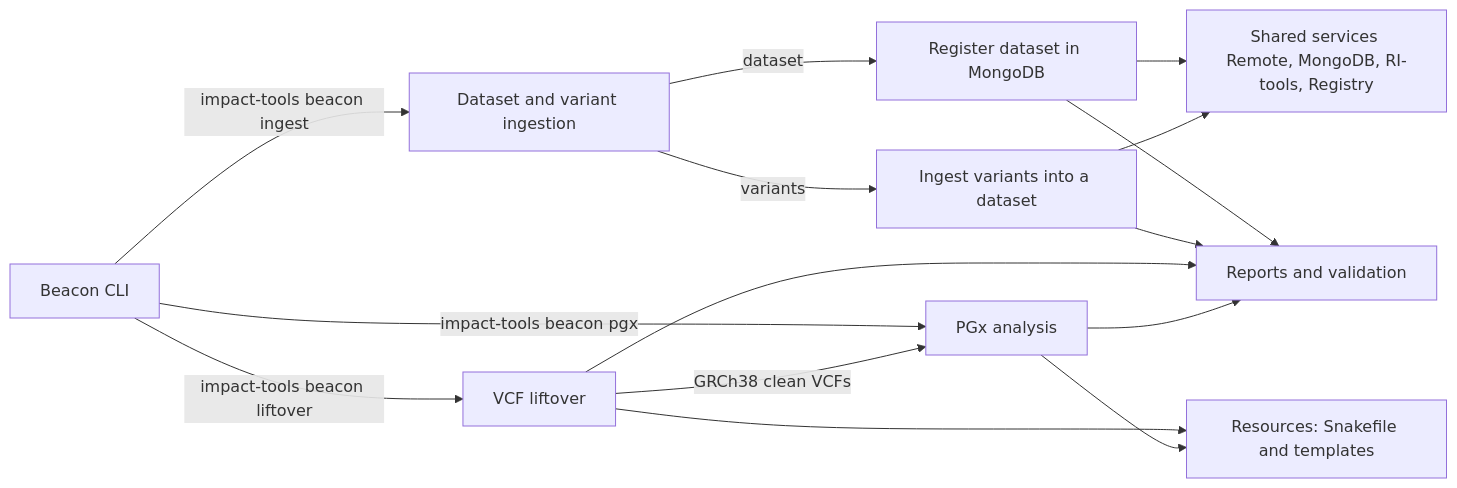
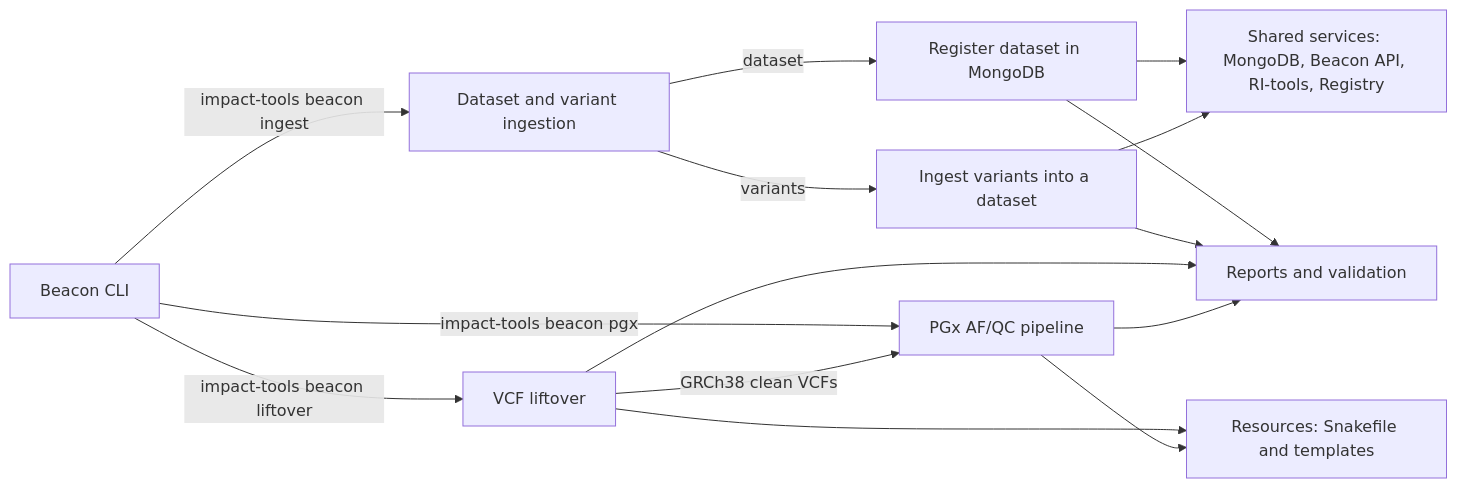
The first of 2 diagrams in docs/beacon/README.md (Aberdur/impact-tools), drawn with Mermaid before and after one commit. The commit also changed other lines of this file and 1 other file, not shown here.

Commit message:
Update README.md and docs/beacon/README.md

````diff
--- a/docs/beacon/README.md
+++ b/docs/beacon/README.md
@@ -8,35 +8,35 @@
 ```mermaid
 flowchart LR
 
 CLI["Beacon CLI"]
 
 INGEST["Dataset and variant ingestion"]
 DATASET["Register dataset in MongoDB"]
 VARIANTS["Ingest variants into a dataset"]
 LIFTOVER["VCF liftover"]
-PGX["PGx analysis"]
+PGX["PGx AF/QC pipeline"]
 
-SERVICES["Shared services Remote, MongoDB, RI-tools, Registry"]
+SERVICES["Shared services: MongoDB, Beacon API, RI-tools, Registry"]
 RESOURCES["Resources: Snakefile and templates"]
 REPORTS["Reports and validation"]
 
 CLI --> |"impact-tools beacon ingest"| INGEST
 CLI --> |"impact-tools beacon liftover"| LIFTOVER
 CLI --> |"impact-tools beacon pgx"| PGX
 
 INGEST --> |"dataset"| DATASET
 INGEST --> |"variants"| VARIANTS
 
 DATASET --> SERVICES
 VARIANTS --> SERVICES
 
 LIFTOVER --> RESOURCES
 PGX --> RESOURCES
 
 LIFTOVER --> |"GRCh38 clean VCFs"| PGX
 
 DATASET --> REPORTS
 VARIANTS --> REPORTS
 LIFTOVER --> REPORTS
 PGX --> REPORTS
 ```
````
